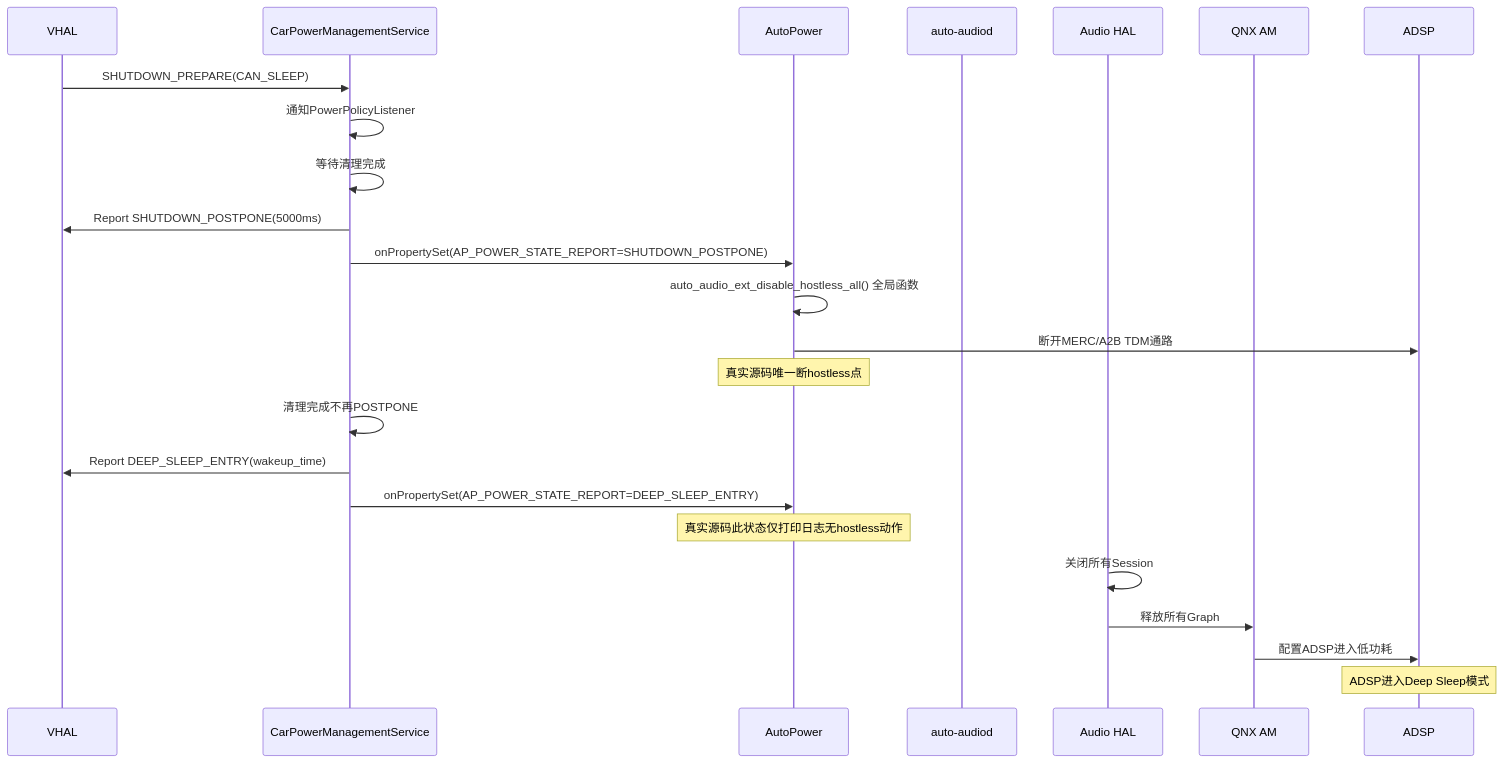
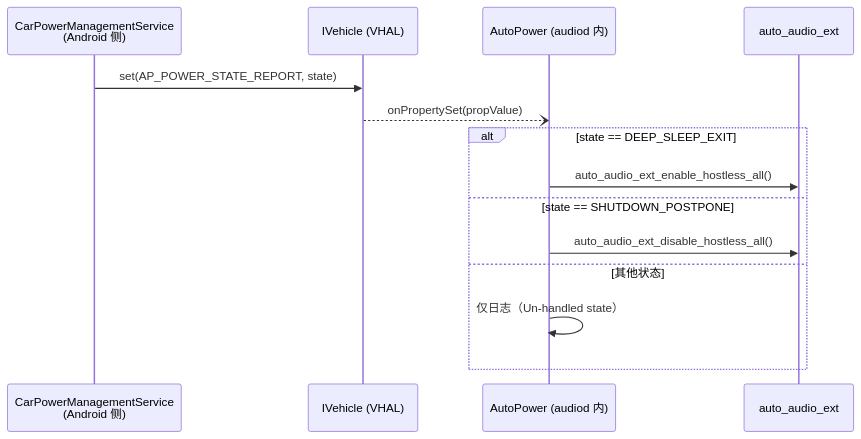
The diagram in 16_Vendor_QNX_Architecture/16_16.3_AutoPower与VHAL集成.md (yanglinzhen1022/SA8295_AAOS_QNX_Audio_KnowledgeBase), drawn with Mermaid before and after one commit. The commit also changed other lines of this file and 4 other files, not shown here.

First line of the commit message:
docs: rewrite audiod AutoPower and Silent Boot from mm-audio-auto sources

````diff
--- a/16_Vendor_QNX_Architecture/16_16.3_AutoPower与VHAL集成.md
+++ b/16_Vendor_QNX_Architecture/16_16.3_AutoPower与VHAL集成.md
@@ -372,29 +15,16 @@
 ```mermaid
 sequenceDiagram
-    participant VHAL as VHAL
-    participant CPMS as CarPowerManagementService
-    participant AP as AutoPower
-    participant AUDIOD as auto-audiod
-    participant AHAL as Audio HAL
-    participant QNX as QNX AM
-    participant ADSP as ADSP
-
-    VHAL->>CPMS: SHUTDOWN_PREPARE(CAN_SLEEP)
-    CPMS->>CPMS: 通知PowerPolicyListener
-    CPMS->>CPMS: 等待清理完成
-    CPMS->>VHAL: Report SHUTDOWN_POSTPONE(5000ms)
-    CPMS->>AP: onPropertySet(AP_POWER_STATE_REPORT=SHUTDOWN_POSTPONE)
-    AP->>AP: auto_audio_ext_disable_hostless_all() 全局函数
-    AP->>ADSP: 断开MERC/A2B TDM通路
-    Note over AP: 真实源码唯一断hostless点
-
-    CPMS->>CPMS: 清理完成不再POSTPONE
-    CPMS->>VHAL: Report DEEP_SLEEP_ENTRY(wakeup_time)
-    CPMS->>AP: onPropertySet(AP_POWER_STATE_REPORT=DEEP_SLEEP_ENTRY)
-    Note over AP: 真实源码此状态仅打印日志无hostless动作
-
-    AHAL->>AHAL: 关闭所有Session
-    AHAL->>QNX: 释放所有Graph
-    QNX->>ADSP: 配置ADSP进入低功耗
-    Note over ADSP: ADSP进入Deep Sleep模式
+  participant CPS as CarPowerManagementService<br/>(Android 侧)
+  participant VH as IVehicle (VHAL)
+  participant AP as AutoPower (audiod 内)
+  participant EXT as auto_audio_ext
+  CPS->>VH: set(AP_POWER_STATE_REPORT, state)
+  VH--)AP: onPropertySet(propValue)
+  alt state == DEEP_SLEEP_EXIT
+    AP->>EXT: auto_audio_ext_enable_hostless_all()
+  else state == SHUTDOWN_POSTPONE
+    AP->>EXT: auto_audio_ext_disable_hostless_all()
+  else 其他状态
+    AP->>AP: 仅日志（Un-handled state）
+  end
 ```
````
